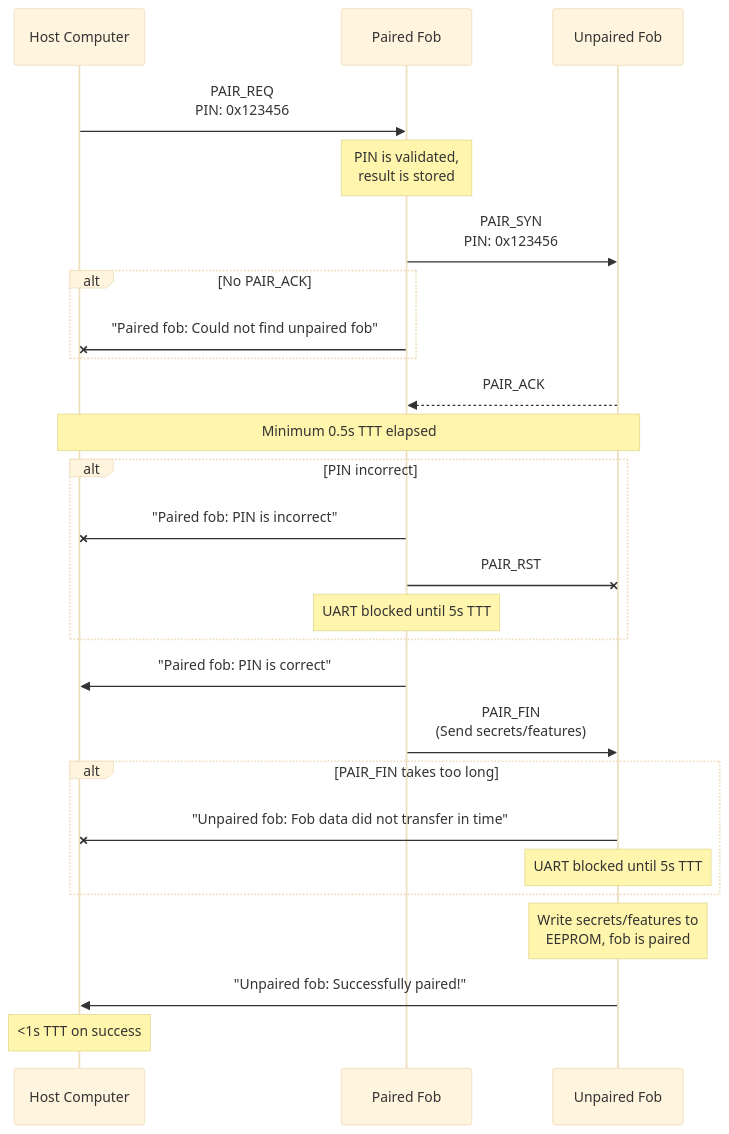
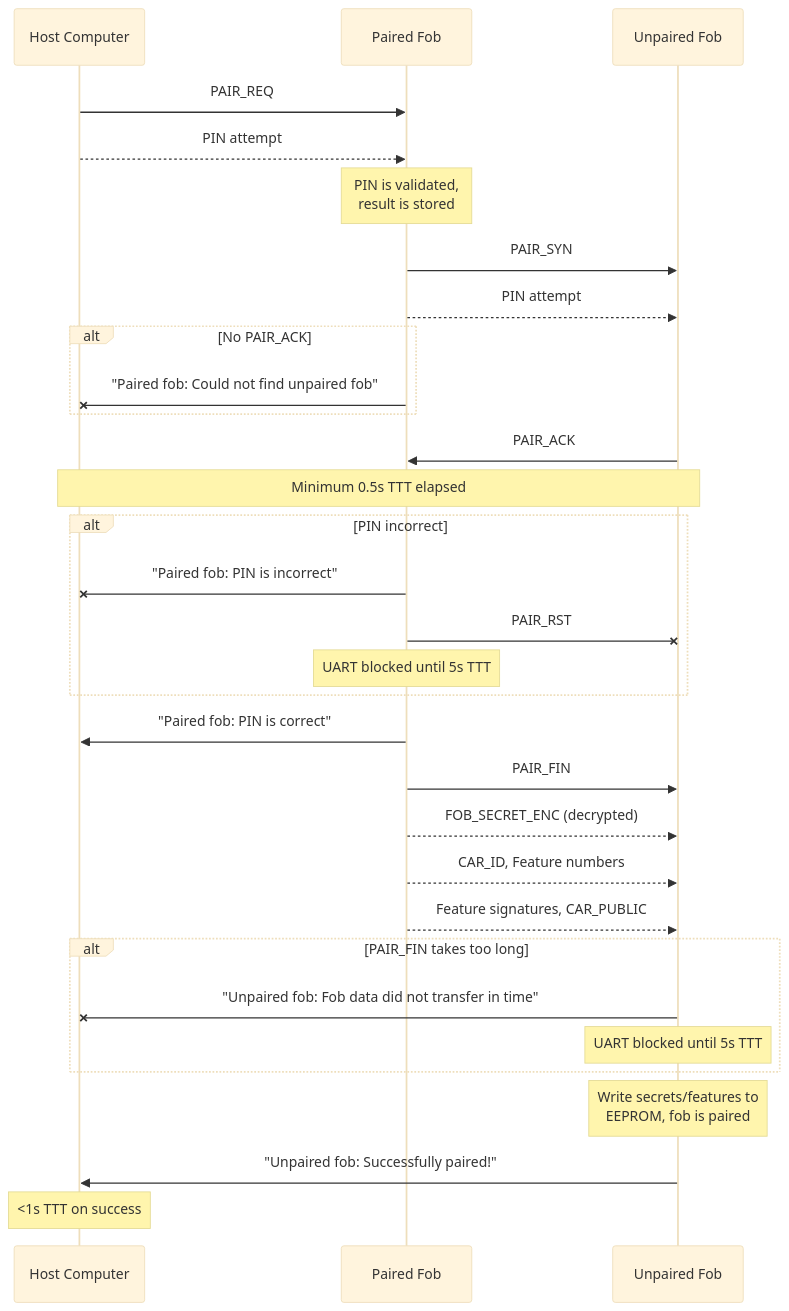
The first of 3 diagrams in docs/protocol.md (sigpwny/2023-ectf-uiuc), drawn with Mermaid (base theme) before and after one commit. The commit also changed other lines of this file, not shown here.

Commit message:
Add enable features and some more unlock car protocol documentation

````diff
--- a/docs/protocol.md
+++ b/docs/protocol.md
@@ -19,28 +19,33 @@
 ```mermaid
 sequenceDiagram
   participant Host Computer
   participant Paired Fob
   participant Unpaired Fob
-  Host Computer ->> Paired Fob: PAIR_REQ <br/>PIN: 0x123456
+  Host Computer ->> Paired Fob: PAIR_REQ
+  Host Computer -->> Paired Fob: PIN attempt
   Note over Paired Fob: PIN is validated, <br/>result is stored
-  Paired Fob ->> Unpaired Fob: PAIR_SYN <br/>PIN: 0x123456
+  Paired Fob ->> Unpaired Fob: PAIR_SYN
+  Paired Fob -->> Unpaired Fob: PIN attempt
   alt No PAIR_ACK
     Paired Fob -x Host Computer: "Paired fob: Could not find unpaired fob"
   end
-  Unpaired Fob -->> Paired Fob: PAIR_ACK
+  Unpaired Fob ->> Paired Fob: PAIR_ACK
   Note over Host Computer, Unpaired Fob: Minimum 0.5s TTT elapsed
   alt PIN incorrect
     Paired Fob -x Host Computer: "Paired fob: PIN is incorrect"
     Paired Fob -x Unpaired Fob: PAIR_RST
     Note over Paired Fob: UART blocked until 5s TTT
   end
   Paired Fob ->> Host Computer: "Paired fob: PIN is correct"
-  Paired Fob ->> Unpaired Fob: PAIR_FIN <br/>(Send secrets/features)
+  Paired Fob ->> Unpaired Fob: PAIR_FIN
+  Paired Fob -->> Unpaired Fob: FOB_SECRET_ENC (decrypted)
+  Paired Fob -->> Unpaired Fob: CAR_ID, Feature numbers
+  Paired Fob -->> Unpaired Fob: Feature signatures, CAR_PUBLIC
   alt PAIR_FIN takes too long
     Unpaired Fob -x Host Computer: "Unpaired fob: Fob data did not transfer in time"
     Note over Unpaired Fob: UART blocked until 5s TTT
   end
   Note over Unpaired Fob: Write secrets/features to <br/>EEPROM, fob is paired
   Unpaired Fob ->> Host Computer: "Unpaired fob: Successfully paired!"
   Note over Host Computer: <1s TTT on success
 ```
````
